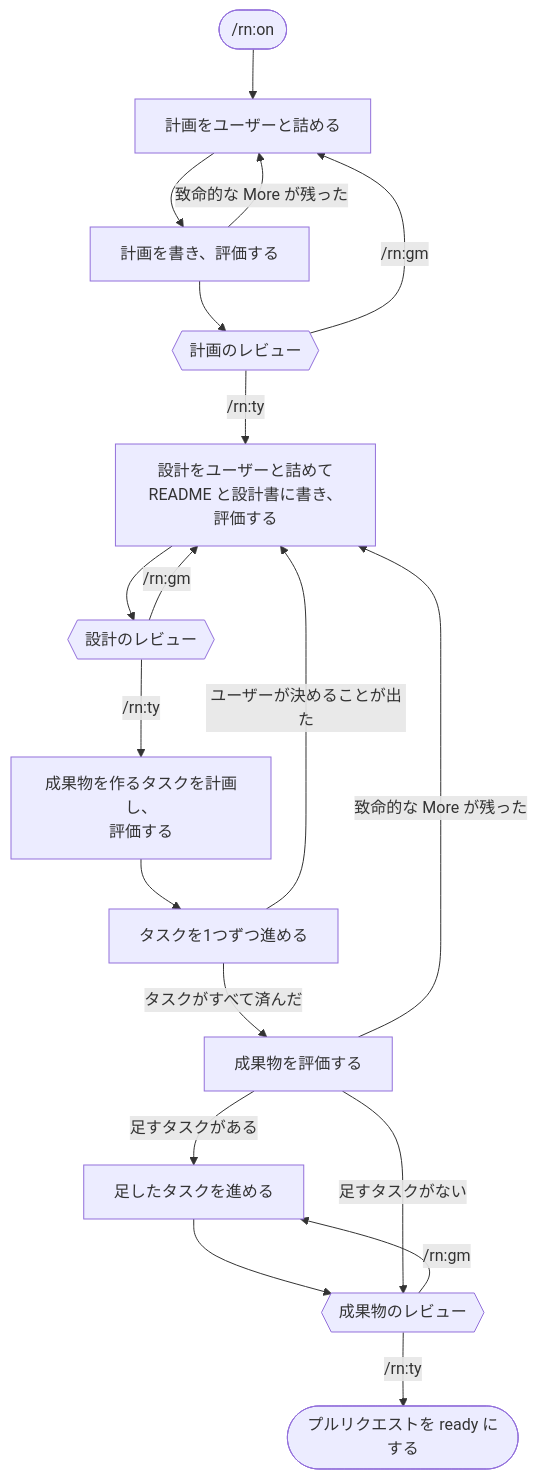
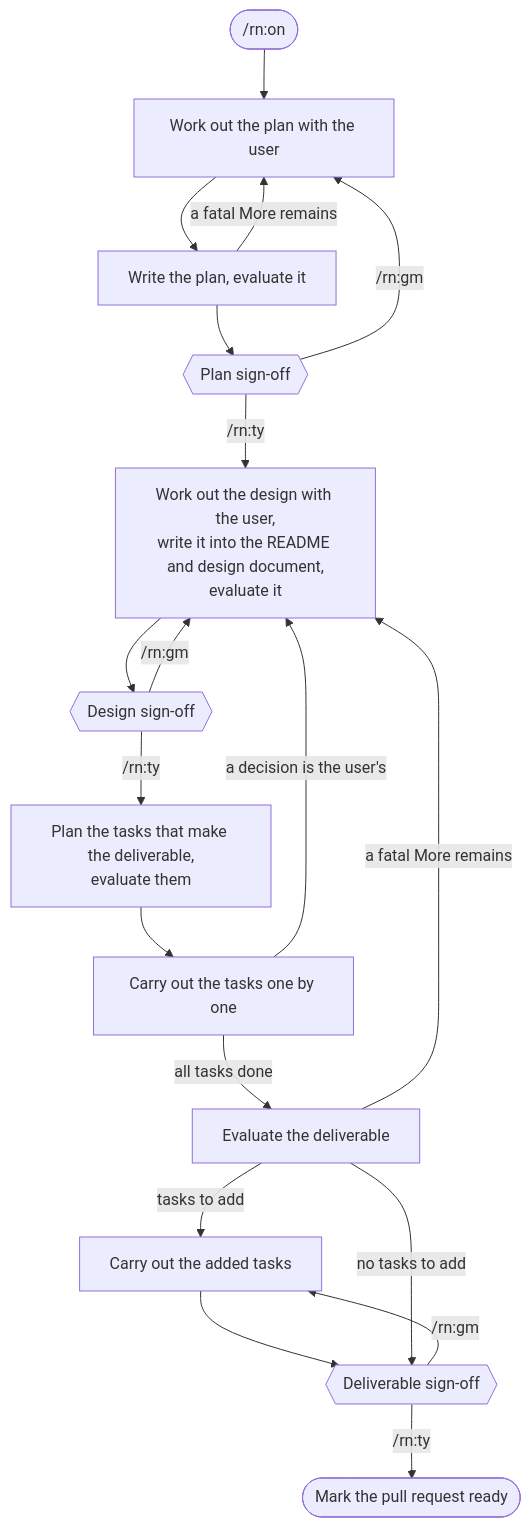
Before and after one commit to lovaizu/ccpm: the first of 5 diagrams in rn/docs/design.md, drawn with Mermaid. The commit also changed other lines of this file and 2 other files, not shown here.

Commit message:
docs(rn): README, design document, and CHANGELOG back in English now that the design is settled

````diff
--- a/rn/docs/design.md
+++ b/rn/docs/design.md
@@ -13,31 +17,31 @@
 ```mermaid
 flowchart TD
     ON(["/rn:on"])
-    W["計画をユーザーと詰める"]
-    P["計画を書き、評価する"]
-    PS{{"計画のレビュー"}}
-    D["設計をユーザーと詰めて<br/>README と設計書に書き、評価する"]
-    DS{{"設計のレビュー"}}
-    P2["成果物を作るタスクを計画し、<br/>評価する"]
-    T["タスクを1つずつ進める"]
-    EV["成果物を評価する"]
-    T2["足したタスクを進める"]
-    FS{{"成果物のレビュー"}}
-    END(["プルリクエストを ready にする"])
+    W["Work out the plan with the user"]
+    P["Write the plan, evaluate it"]
+    PS{{"Plan sign-off"}}
+    D["Work out the design with the user,<br/>write it into the README and design document,<br/>evaluate it"]
+    DS{{"Design sign-off"}}
+    P2["Plan the tasks that make the deliverable,<br/>evaluate them"]
+    T["Carry out the tasks one by one"]
+    EV["Evaluate the deliverable"]
+    T2["Carry out the added tasks"]
+    FS{{"Deliverable sign-off"}}
+    END(["Mark the pull request ready"])
     ON --> W --> P --> PS
-    P -->|"致命的な More が残った"| W
+    P -->|"a fatal More remains"| W
     PS -->|"/rn:gm"| W
     PS -->|"/rn:ty"| D
     D --> DS
     DS -->|"/rn:gm"| D
     DS -->|"/rn:ty"| P2
     P2 --> T
-    T -->|"ユーザーが決めることが出た"| D
-    T -->|"タスクがすべて済んだ"| EV
-    EV -->|"足すタスクがある"| T2
-    EV -->|"致命的な More が残った"| D
+    T -->|"a decision is the user's"| D
+    T -->|"all tasks done"| EV
+    EV -->|"tasks to add"| T2
+    EV -->|"a fatal More remains"| D
     T2 --> FS
-    EV -->|"足すタスクがない"| FS
+    EV -->|"no tasks to add"| FS
     FS -->|"/rn:gm"| T2
     FS -->|"/rn:ty"| END
 ```
````
